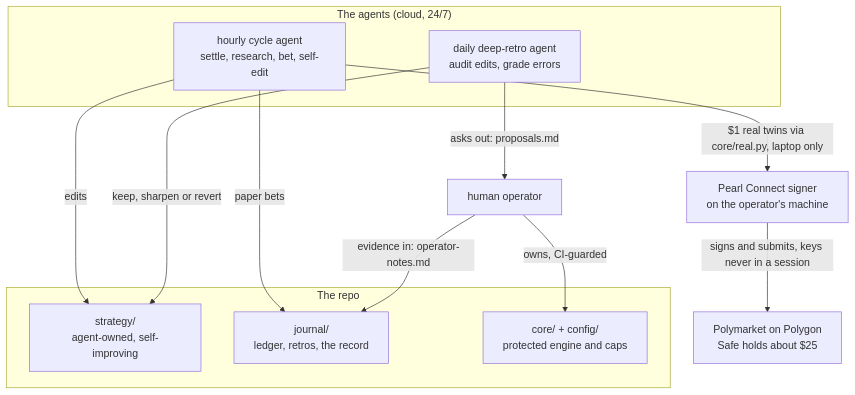
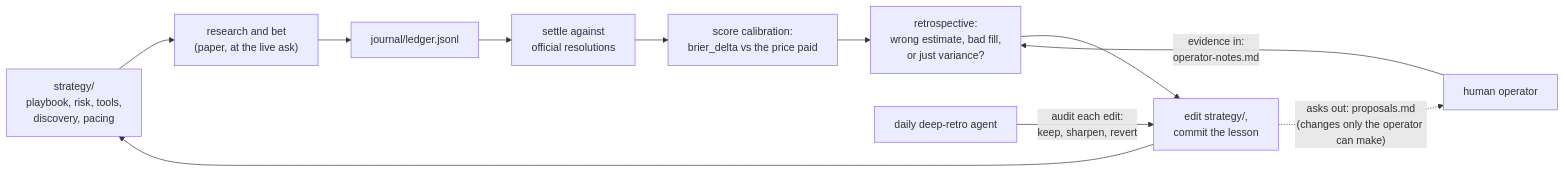
Before and after one commit to bennyjo/phil: the first of 2 diagrams in README.md, drawn with Mermaid. The commit also changed other lines of this file, not shown here.

Commit message:
operator: diagram shows the self-improving loop itself, money path as a branch

````diff
--- a/README.md
+++ b/README.md
@@ -43,24 +46,14 @@
 ```mermaid
-flowchart TB
-  subgraph agents["The agents (cloud, 24/7)"]
-    CYCLE["hourly cycle agent<br/>settle, research, bet, self-edit"]
-    DEEP["daily deep-retro agent<br/>audit edits, grade errors"]
-  end
-  subgraph repo["The repo"]
-    STRAT["strategy/<br/>agent-owned, self-improving"]
-    JOURNAL["journal/<br/>ledger, retros, the record"]
-    CORE["core/ + config/<br/>protected engine and caps"]
-  end
-  OP["human operator"]
-  PC["Pearl Connect signer<br/>on the operator's machine"]
-  PM["Polymarket on Polygon<br/>Safe holds about $25"]
+flowchart LR
+  STRAT["strategy/<br/>playbook, risk, tools,<br/>discovery, pacing"] --> BET["research and bet<br/>(paper, at the live ask)"]
+  BET --> LEDGER["journal/ledger.jsonl"]
+  LEDGER --> SETTLE["settle against<br/>official resolutions"]
+  SETTLE --> SCORE["score calibration:<br/>brier_delta vs the price paid"]
+  SCORE --> RETRO["retrospective:<br/>wrong estimate, bad fill,<br/>or just variance?"]
+  RETRO --> EDIT["edit strategy/,<br/>commit the lesson"]
+  EDIT --> STRAT
 
-  CYCLE -->|paper bets| JOURNAL
-  CYCLE -->|edits| STRAT
-  DEEP -->|keep, sharpen or revert| STRAT
-  OP -->|"evidence in: operator-notes.md"| JOURNAL
-  DEEP -->|"asks out: proposals.md"| OP
-  OP -->|owns, CI-guarded| CORE
-  CYCLE -->|"$1 real twins via core/real.py, laptop only"| PC
-  PC -->|"signs and submits, keys never in a session"| PM
+  DEEP["daily deep-retro agent"] -->|"audit each edit:<br/>keep, sharpen, revert"| EDIT
+  OP["human operator"] -->|"evidence in:<br/>operator-notes.md"| RETRO
+  EDIT -.->|"asks out: proposals.md<br/>(changes only the operator can make)"| OP
 ```
````
